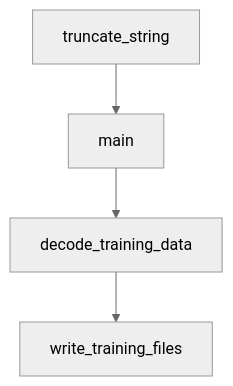
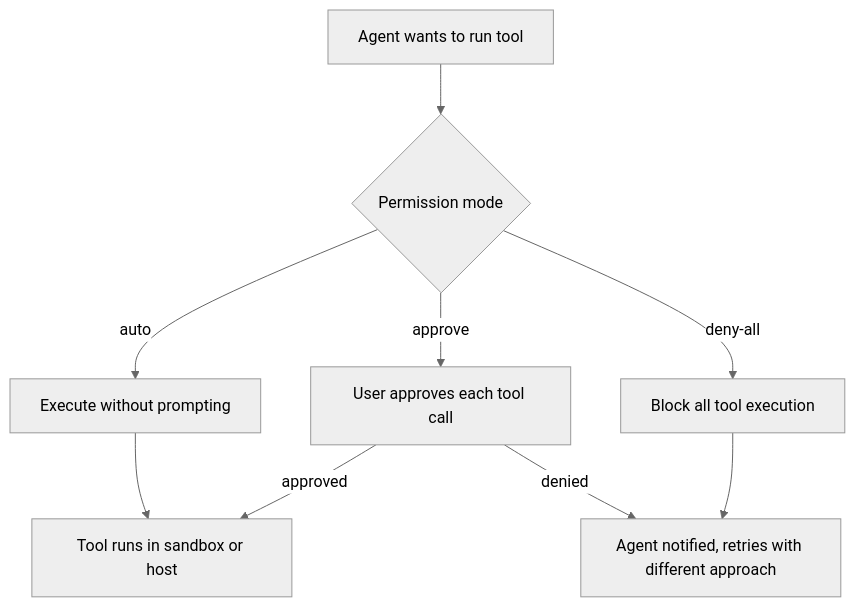
Before and after one commit to johnxie/awesome-code-docs: the second of 2 diagrams in tutorials/goose-tutorial/04-permissions-and-tool-governance.md, drawn with Mermaid (neutral theme). The commit also changed other lines of this file and 1232 other files, not shown here.

````diff
--- a/tutorials/goose-tutorial/04-permissions-and-tool-governance.md
+++ b/tutorials/goose-tutorial/04-permissions-and-tool-governance.md
@@ -227,10 +166,11 @@
 ```mermaid
 flowchart TD
-    A[truncate_string]
-    B[main]
-    C[decode_training_data]
-    D[write_training_files]
-    A --> B
-    B --> C
-    C --> D
+    A[Agent wants to run tool] --> B{Permission mode}
+    B -->|auto| C[Execute without prompting]
+    B -->|approve| D[User approves each tool call]
+    B -->|deny-all| E[Block all tool execution]
+    C --> F[Tool runs in sandbox or host]
+    D -->|approved| F
+    D -->|denied| G[Agent notified, retries with different approach]
+    E --> G
 ```
````
